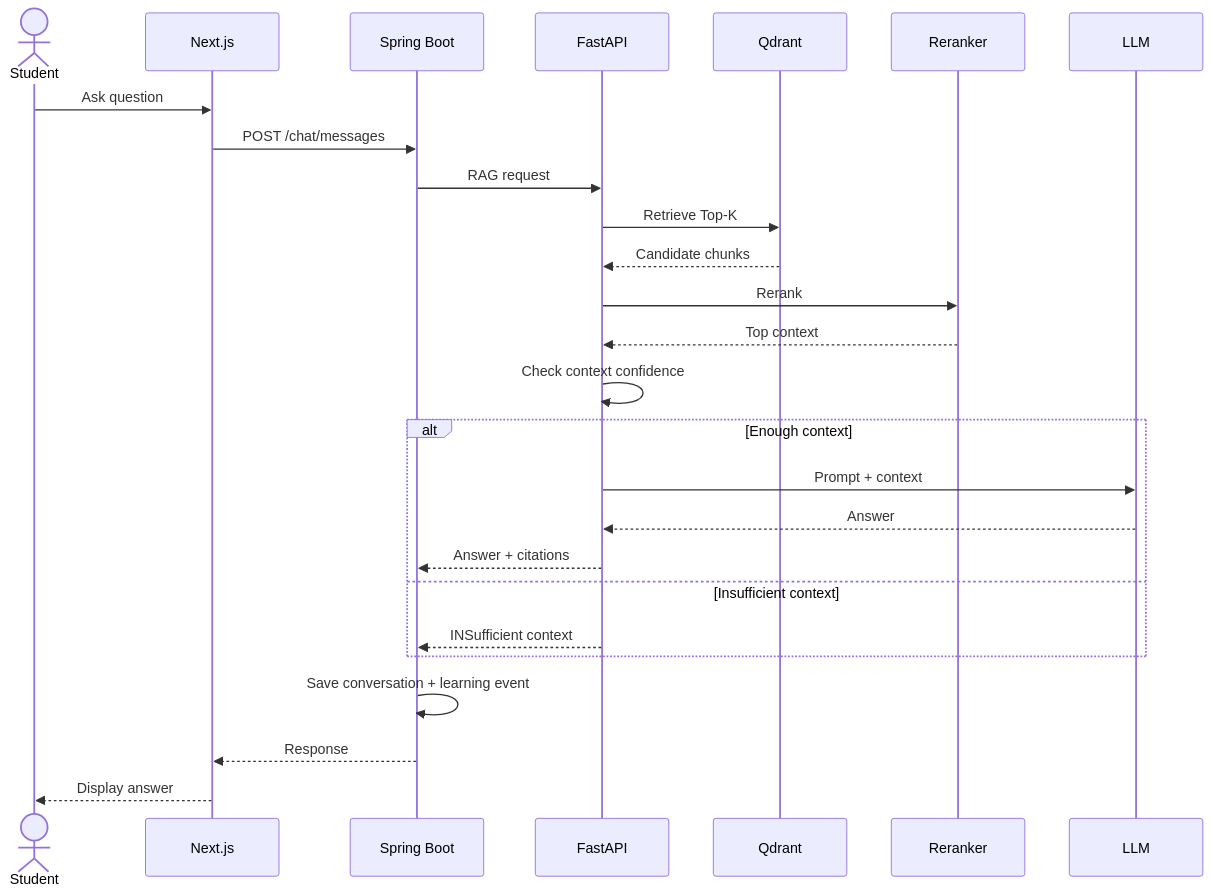
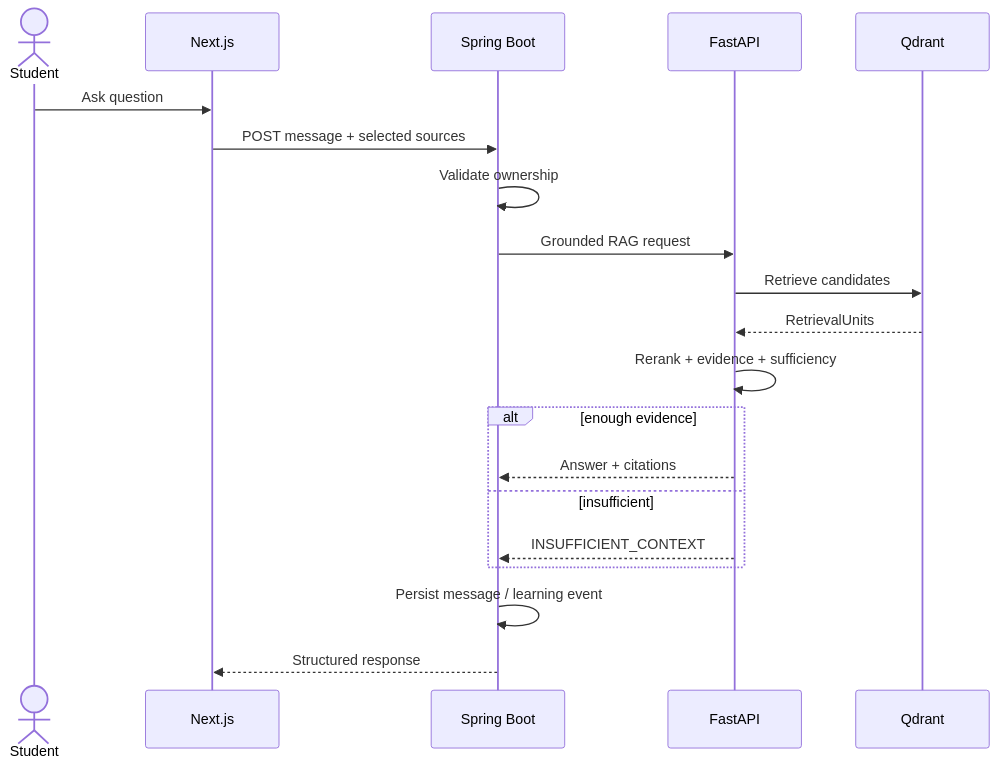
Before and after one commit to Hoang-k68a3hus/support_learning: the fourth of 6 diagrams in AI_Study_Assistant_2.0_Full_Graduation_Project_Idea.md, drawn with Mermaid. The commit also changed other lines of this file, not shown here.

````diff
--- a/AI_Study_Assistant_2.0_Full_Graduation_Project_Idea.md
+++ b/AI_Study_Assistant_2.0_Full_Graduation_Project_Idea.md
@@ -1394,31 +985,25 @@
 ```mermaid
 sequenceDiagram
     actor Student
     participant FE as Next.js
     participant BE as Spring Boot
     participant AI as FastAPI
     participant V as Qdrant
-    participant RR as Reranker
-    participant LLM as LLM
 
     Student->>FE: Ask question
-    FE->>BE: POST /chat/messages
-    BE->>AI: RAG request
-    AI->>V: Retrieve Top-K
-    V-->>AI: Candidate chunks
-    AI->>RR: Rerank
-    RR-->>AI: Top context
-    AI->>AI: Check context confidence
+    FE->>BE: POST message + selected sources
+    BE->>BE: Validate ownership
+    BE->>AI: Grounded RAG request
+    AI->>V: Retrieve candidates
+    V-->>AI: RetrievalUnits
+    AI->>AI: Rerank + evidence + sufficiency
 
-    alt Enough context
-        AI->>LLM: Prompt + context
-        LLM-->>AI: Answer
+    alt enough evidence
         AI-->>BE: Answer + citations
-    else Insufficient context
-        AI-->>BE: INSufficient context
+    else insufficient
+        AI-->>BE: INSUFFICIENT_CONTEXT
     end
 
-    BE->>BE: Save conversation + learning event
-    BE-->>FE: Response
-    FE-->>Student: Display answer
+    BE->>BE: Persist message / learning event
+    BE-->>FE: Structured response
 ```
````
